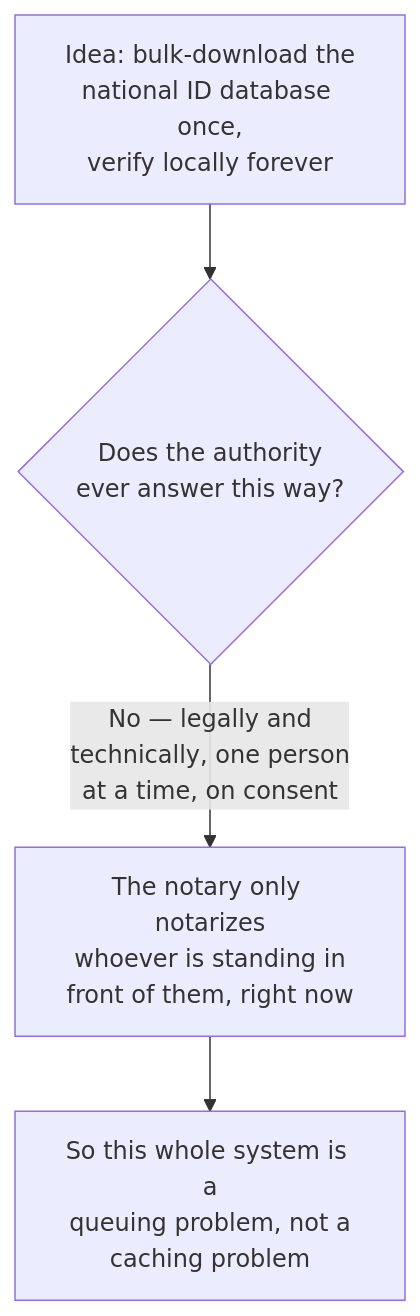
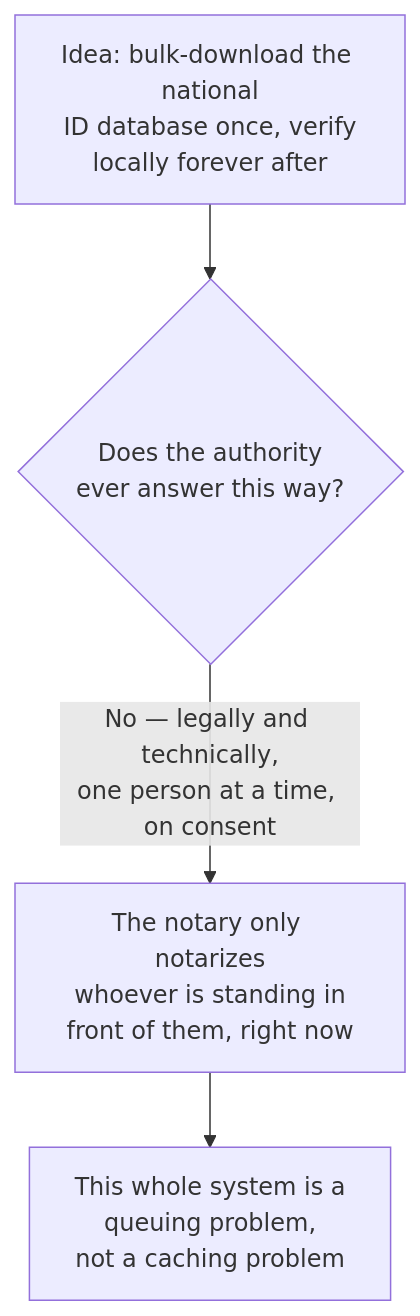
One commit to riyaz-pasha/Learnings changed the third of 13 diagrams in system-design/HLD/0-course/50-National-ID-KYC-Verification-System-FAANG-Guide-story.md. Above: the diagram before and after it, drawn with Mermaid. The commit also changed other lines of this file and 1 other file, not shown here.

Commit message:
[REWRITE] National ID KYC Verification story guide: simplify prose, add structure, fix diagrams

````diff
--- a/system-design/HLD/0-course/50-National-ID-KYC-Verification-System-FAANG-Guide-story.md
+++ b/system-design/HLD/0-course/50-National-ID-KYC-Verification-System-FAANG-Guide-story.md
@@ -146,6 +225,6 @@
 ```mermaid
 flowchart TD
-    A["Idea: bulk-download the\nnational ID database once,\nverify locally forever"] --> B{"Does the authority\never answer this way?"}
-    B -->|"No — legally and\ntechnically, one person\nat a time, on consent"| C["The notary only notarizes\nwhoever is standing in\nfront of them, right now"]
-    C --> D["So this whole system is a\nqueuing problem, not a\ncaching problem"]
+    A["Idea: bulk-download the national<br/>ID database once, verify<br/>locally forever after"] --> B{"Does the authority<br/>ever answer this way?"}
+    B -->|"No — legally and technically,<br/>one person at a time, on consent"| C["The notary only notarizes<br/>whoever is standing in<br/>front of them, right now"]
+    C --> D["This whole system is a<br/>queuing problem,<br/>not a caching problem"]
 ```
````
